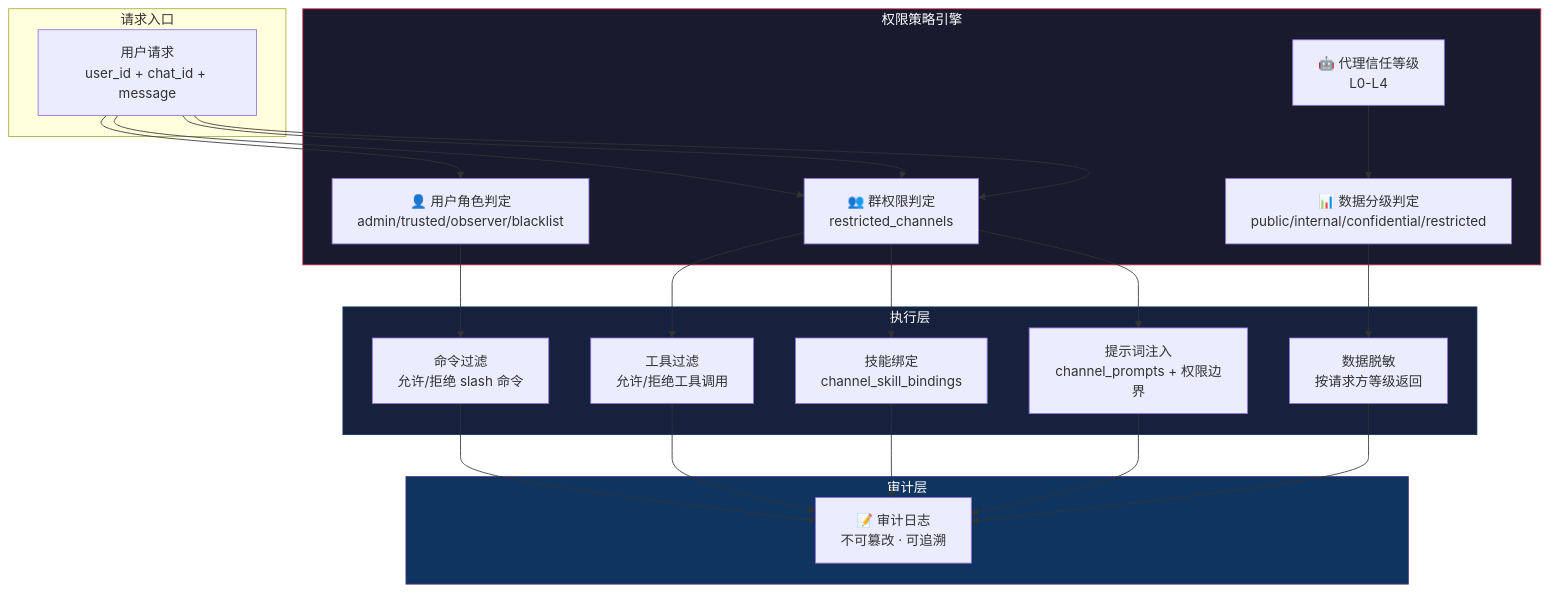
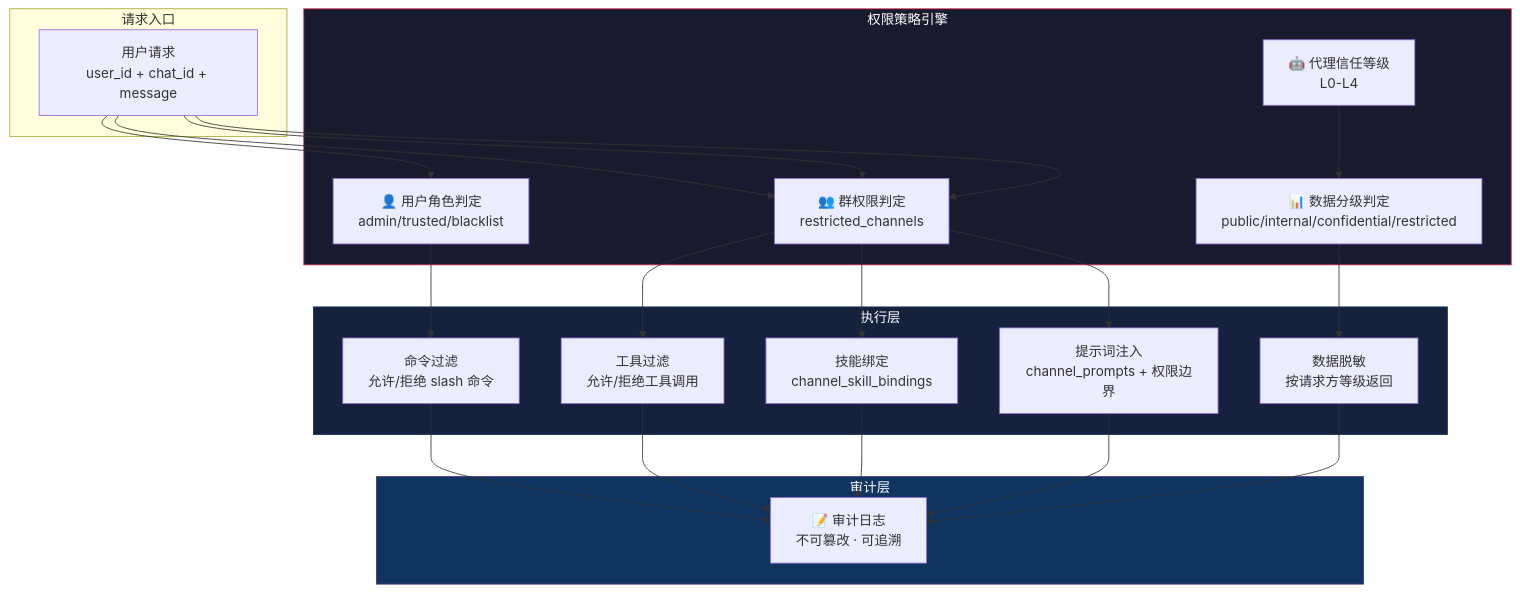
The third of 11 diagrams in docs/distributed-multi-agent-architecture.md (forestlei/hermes-agent), drawn with Mermaid before and after one commit. The commit also changed other lines of this file and 1 other file, not shown here.

````diff
--- a/docs/distributed-multi-agent-architecture.md
+++ b/docs/distributed-multi-agent-architecture.md
@@ -749,36 +705,36 @@
 ```mermaid
 graph TB
     subgraph INPUT["请求入口"]
         USER_REQ["用户请求<br/>user_id + chat_id + message"]
     end
 
     subgraph AUTH["权限策略引擎"]
-        USER_ROLE["👤 用户角色判定<br/>admin/trusted/observer/blacklist"]
+        USER_ROLE["👤 用户角色判定<br/>admin/trusted/blacklist"]
         CHAN_PERM["👥 群权限判定<br/>restricted_channels"]
         DATA_CLASS["📊 数据分级判定<br/>public/internal/confidential/restricted"]
         AGENT_TRUST["🤖 代理信任等级<br/>L0-L4"]
     end
 
     subgraph ENFORCE["执行层"]
         CMD_FILTER["命令过滤<br/>允许/拒绝 slash 命令"]
         TOOL_FILTER["工具过滤<br/>允许/拒绝工具调用"]
         SKILL_BIND["技能绑定<br/>channel_skill_bindings"]
         PROMPT_INJECT["提示词注入<br/>channel_prompts + 权限边界"]
         DATA_MASK["数据脱敏<br/>按请求方等级返回"]
     end
 
     subgraph AUDIT_LAYER["审计层"]
         AUDIT["📝 审计日志<br/>不可篡改 · 可追溯"]
     end
 
     USER_REQ --> USER_ROLE --> CMD_FILTER
     USER_REQ --> CHAN_PERM --> TOOL_FILTER
     USER_REQ --> CHAN_PERM --> SKILL_BIND
     USER_REQ --> CHAN_PERM --> PROMPT_INJECT
     AGENT_TRUST --> DATA_CLASS --> DATA_MASK
     CMD_FILTER & TOOL_FILTER & SKILL_BIND & PROMPT_INJECT & DATA_MASK --> AUDIT
 
     style AUTH fill:#1a1a2e,stroke:#e94560,color:#fff
     style ENFORCE fill:#16213e,stroke:#0f3460,color:#fff
     style AUDIT_LAYER fill:#0f3460,stroke:#533483,color:#fff
 ```
````
